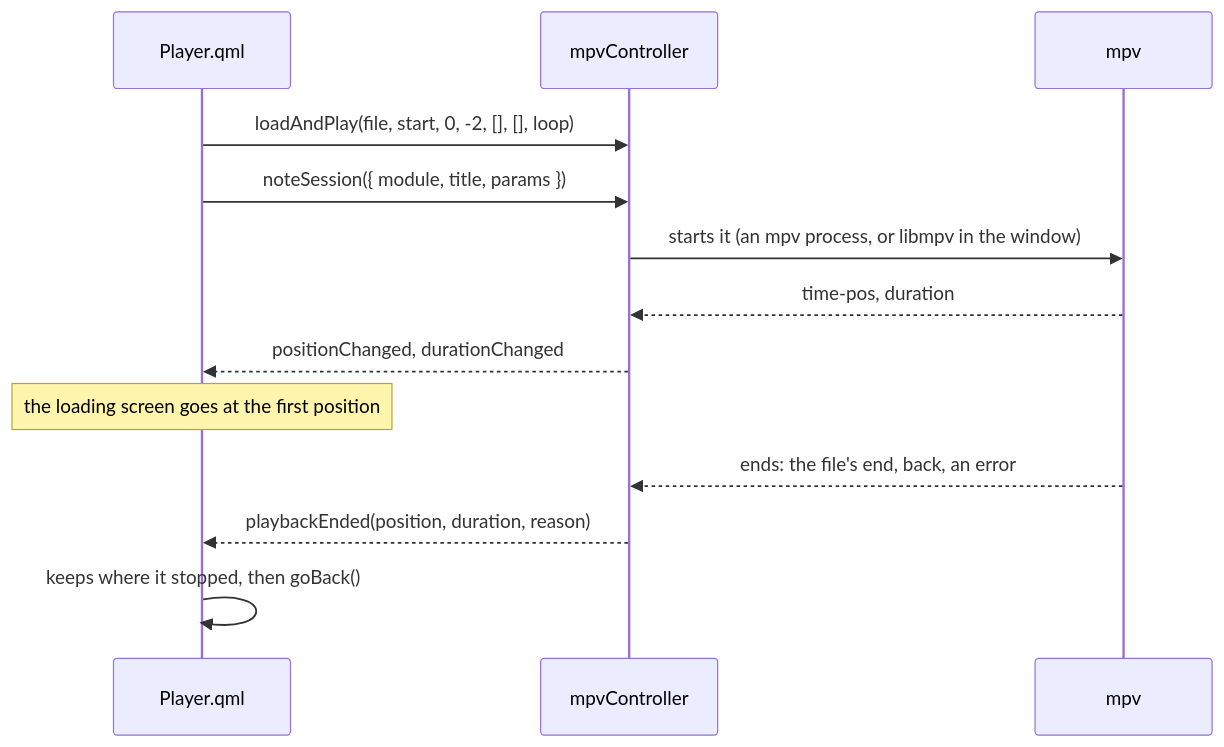
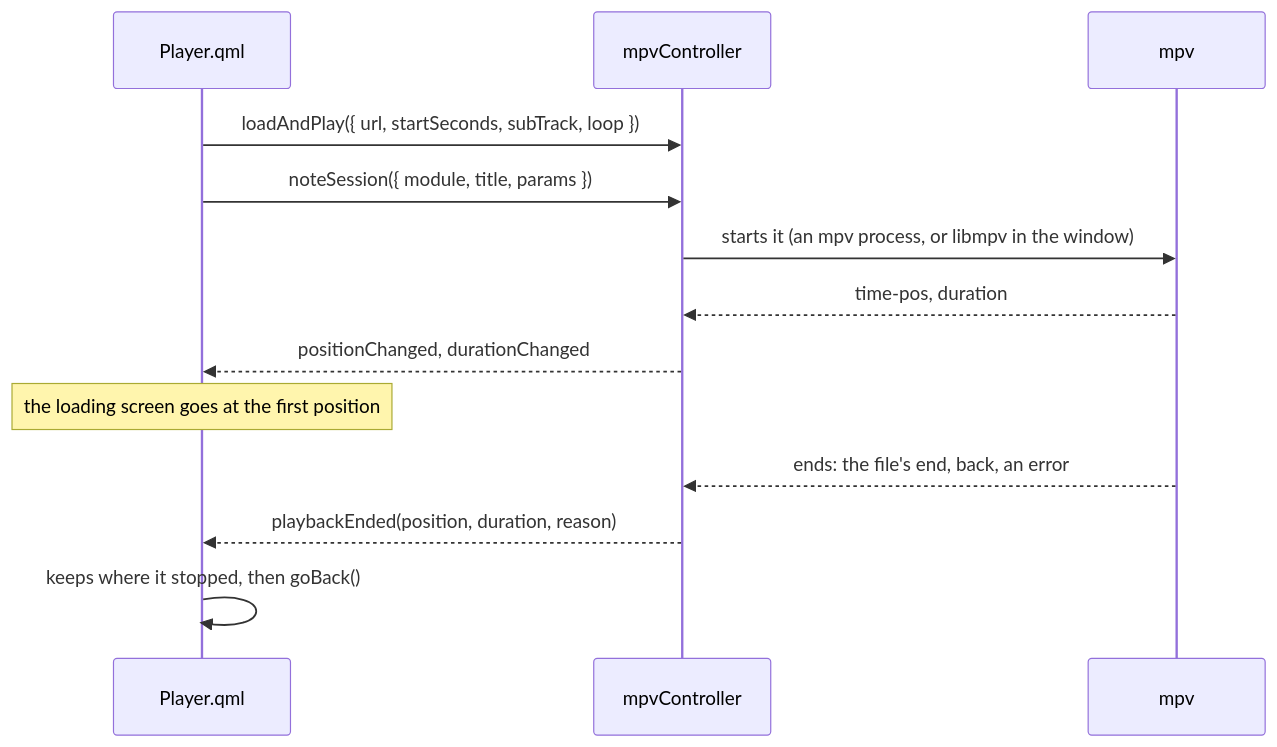
Before and after one commit to mehmetraif/OSD-OS: the second of 2 diagrams in docs/wiki/Writing-a-Module.md, drawn with Mermaid. The commit also changed other lines of this file and 14 other files, not shown here.

First line of the commit message:
refactor: hand MpvController::loadAndPlay() one request with named fields

````diff
--- a/docs/wiki/Writing-a-Module.md
+++ b/docs/wiki/Writing-a-Module.md
@@ -558,15 +559,15 @@
 ```mermaid
 sequenceDiagram
     participant P as Player.qml
     participant C as mpvController
     participant M as mpv
-    P->>C: loadAndPlay(file, start, 0, -2, [], [], loop)
+    P->>C: loadAndPlay({ url, startSeconds, subTrack, loop })
     P->>C: noteSession({ module, title, params })
     C->>M: starts it (an mpv process, or libmpv in the window)
     M-->>C: time-pos, duration
     C-->>P: positionChanged, durationChanged
     Note over P: the loading screen goes at the first position
     M-->>C: ends: the file's end, back, an error
     C-->>P: playbackEnded(position, duration, reason)
     P->>P: keeps where it stopped, then goBack()
 ```
````
